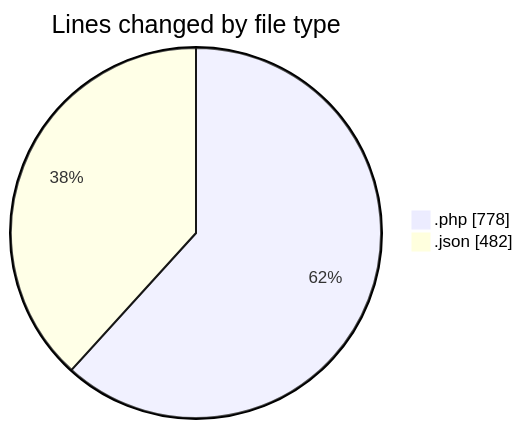
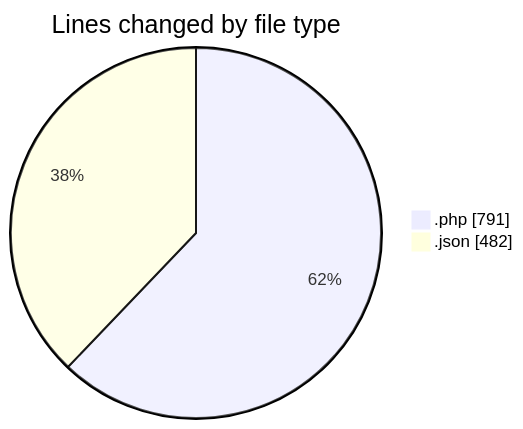
Before and after one commit to idhammustaqopulfikri/code-tracking: the first of 2 diagrams in 2025-03-30/autodidak/README.md, drawn with Mermaid. The commit also changed other lines of this file and 1 other file, not shown here.

````diff
--- a/2025-03-30/autodidak/README.md
+++ b/2025-03-30/autodidak/README.md
@@ -28,6 +28,6 @@
 ```mermaid
 pie showData
 title Lines changed by file type
-".php" : 778
+".php" : 791
 ".json" : 482
 ```
````
